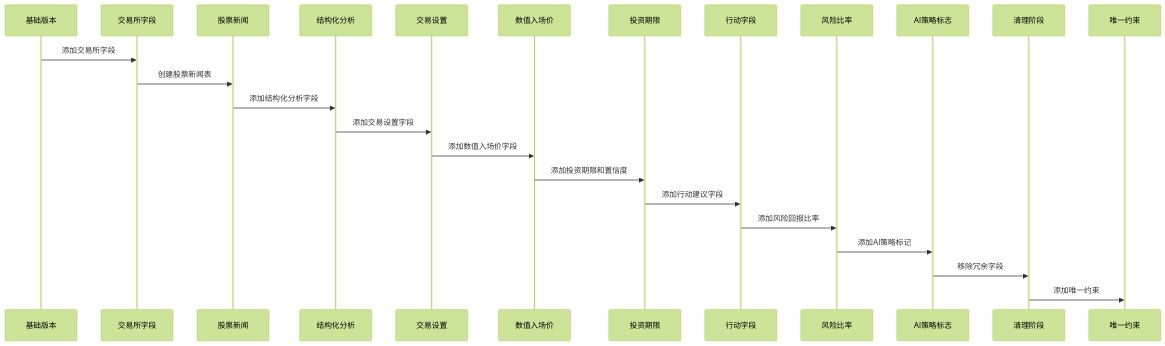
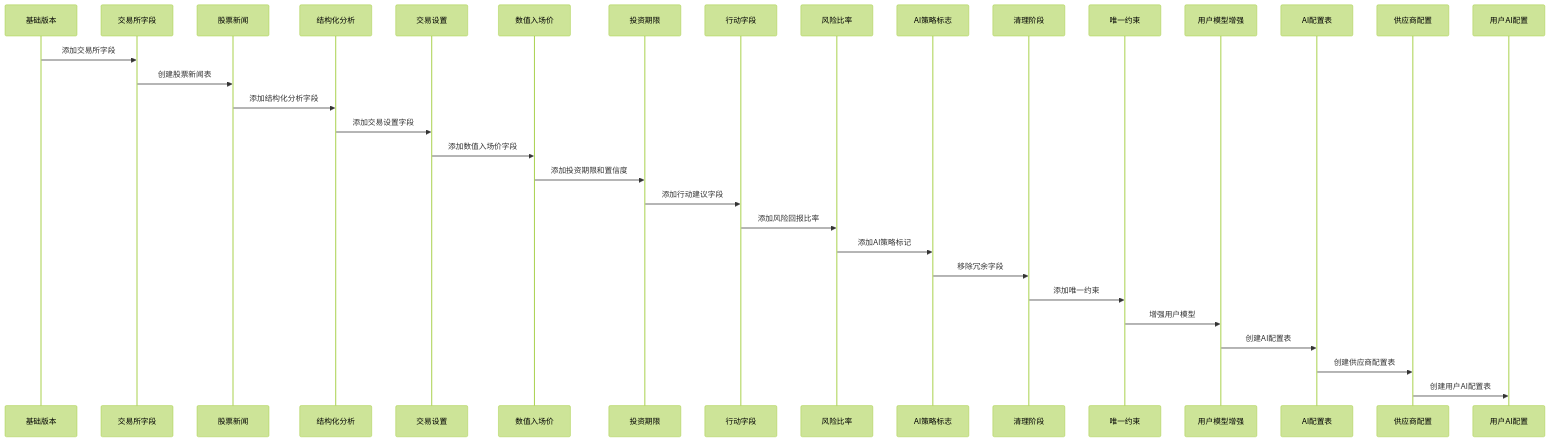
Before and after one commit to breeze-lyf/ai-stock-advisor: the sixth of 14 diagrams in .qoder/repowiki/zh/content/数据库设计/数据库模式增强.md, drawn with Mermaid (forest theme). The commit also changed other lines of this file and 43 other files, not shown here.

````diff
--- a/.qoder/repowiki/zh/content/数据库设计/数据库模式增强.md
+++ b/.qoder/repowiki/zh/content/数据库设计/数据库模式增强.md
@@ -272,26 +316,34 @@
 ```mermaid
 sequenceDiagram
 participant Base as 基础版本
 participant Exchange as 交易所字段
 participant News as 股票新闻
 participant Structured as 结构化分析
 participant TradeSetup as 交易设置
 participant NumericPrices as 数值入场价
 participant Horizon as 投资期限
 participant Action as 行动字段
 participant Risk as 风险比率
 participant AI as AI策略标志
 participant Cleanup as 清理阶段
 participant Unique as 唯一约束
+participant UserModel as 用户模型增强
+participant AIConfig as AI配置表
+participant ProviderConfig as 供应商配置
+participant UserAIConfig as 用户AI配置
 Base->>Exchange : 添加交易所字段
 Exchange->>News : 创建股票新闻表
 News->>Structured : 添加结构化分析字段
 Structured->>TradeSetup : 添加交易设置字段
 TradeSetup->>NumericPrices : 添加数值入场价字段
 NumericPrices->>Horizon : 添加投资期限和置信度
 Horizon->>Action : 添加行动建议字段
 Action->>Risk : 添加风险回报比率
 Risk->>AI : 添加AI策略标记
 AI->>Cleanup : 移除冗余字段
 Cleanup->>Unique : 添加唯一约束
+Unique->>UserModel : 增强用户模型
+UserModel->>AIConfig : 创建AI配置表
+AIConfig->>ProviderConfig : 创建供应商配置表
+ProviderConfig->>UserAIConfig : 创建用户AI配置表
 ```
````
